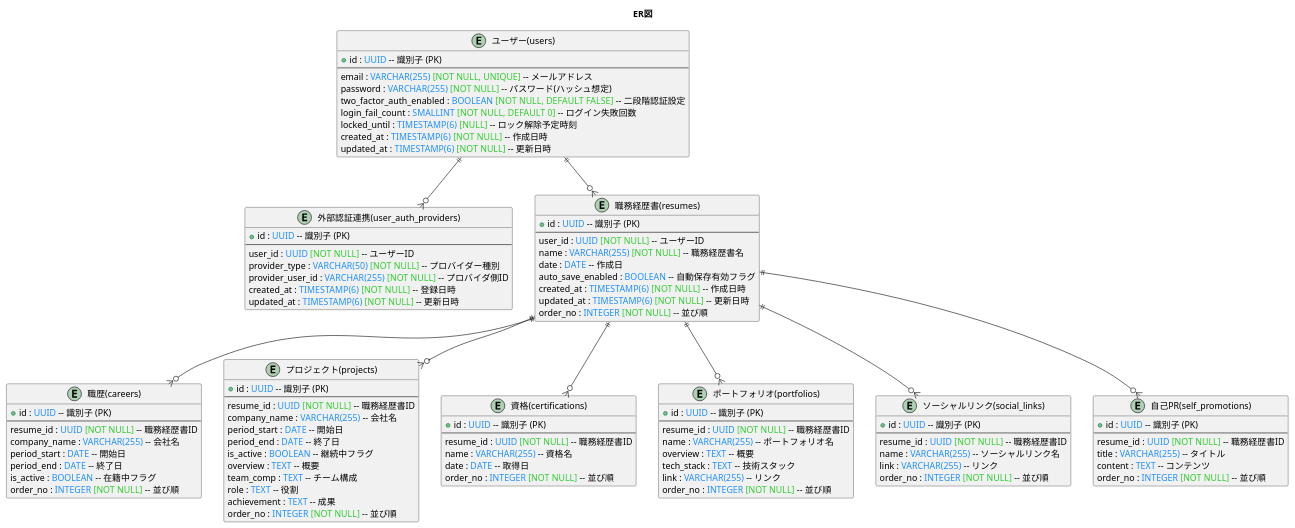
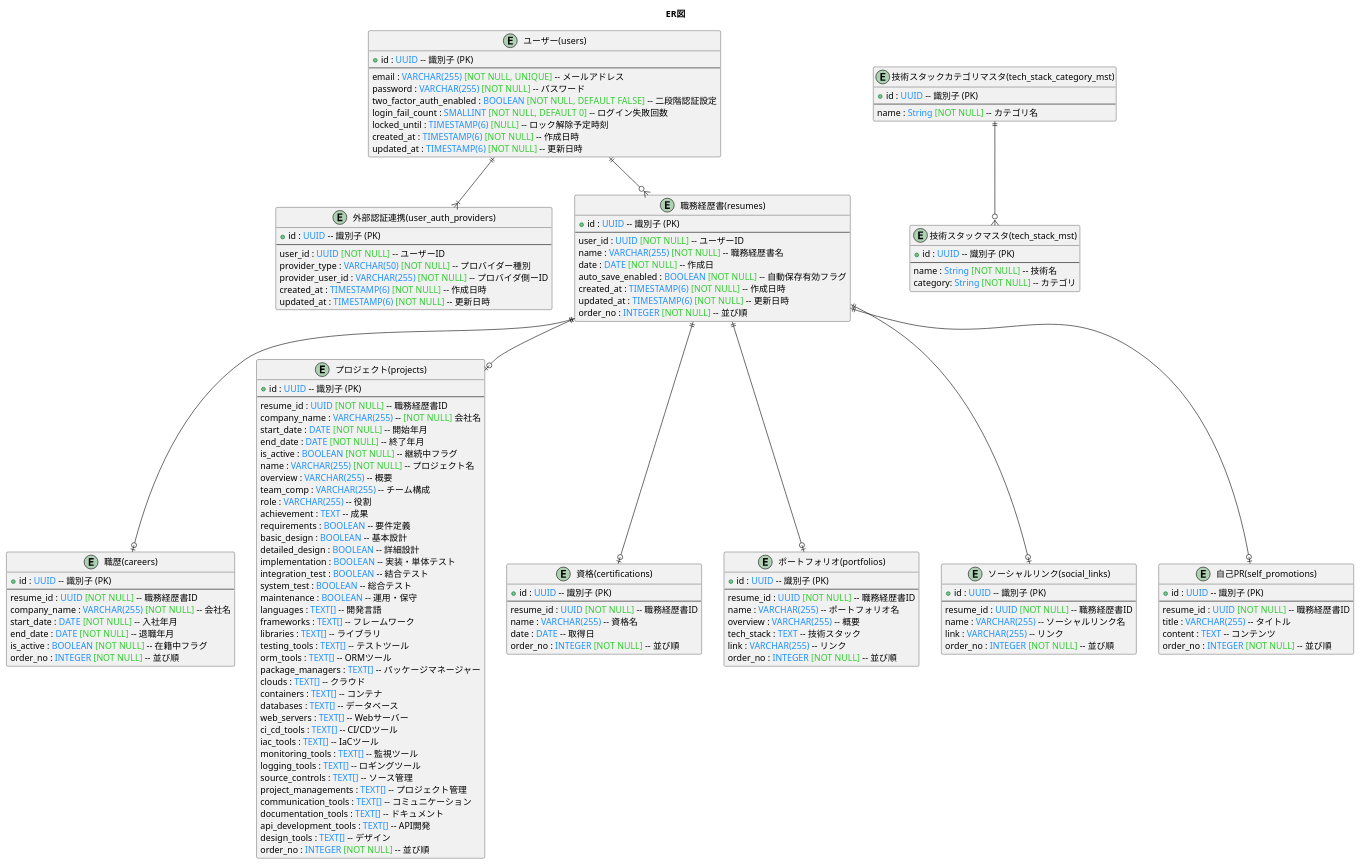
Before and after one commit to DogisRiki/KeirekiPro: the diagram in doc/DB設計/ER図.pu, drawn with PlantUML.

Commit message:
docs: ER図修正
Changes:
・技術スタックマスタと技術スタックカテゴリマスタを追加
・プロジェクトテーブルにprocessとtechstackのカラムを追加

Reason:
入れ忘れ

BREAKING CHANGE: N/A
Related: N/A
Refs: #16

```diff
--- a/doc/DB設計/ER図.pu
+++ b/doc/DB設計/ER図.pu
@@ -1,119 +1,162 @@
 @startuml ER図
 
 title ER図
 
 ' -----------------------
 ' 既存テーブル
 ' -----------------------
 entity "ユーザー(users)" as users {
     + id : <color:#1E90FF>UUID</color> -- 識別子 (PK)
     --
     email : <color:#1E90FF>VARCHAR(255)</color> <color:#32CD32>[NOT NULL, UNIQUE]</color> -- メールアドレス
-    password : <color:#1E90FF>VARCHAR(255)</color> <color:#32CD32>[NOT NULL]</color> -- パスワード(ハッシュ想定)
+    password : <color:#1E90FF>VARCHAR(255)</color> <color:#32CD32>[NOT NULL]</color> -- パスワード
     two_factor_auth_enabled : <color:#1E90FF>BOOLEAN</color> <color:#32CD32>[NOT NULL, DEFAULT FALSE]</color> -- 二段階認証設定
     login_fail_count : <color:#1E90FF>SMALLINT</color> <color:#32CD32>[NOT NULL, DEFAULT 0]</color> -- ログイン失敗回数
     locked_until : <color:#1E90FF>TIMESTAMP(6)</color> <color:#32CD32>[NULL]</color> -- ロック解除予定時刻
     created_at : <color:#1E90FF>TIMESTAMP(6)</color> <color:#32CD32>[NOT NULL]</color> -- 作成日時
     updated_at : <color:#1E90FF>TIMESTAMP(6)</color> <color:#32CD32>[NOT NULL]</color> -- 更新日時
 }
 
 entity "外部認証連携(user_auth_providers)" as UserAuthProviders {
     + id : <color:#1E90FF>UUID</color> -- 識別子 (PK)
     --
     user_id : <color:#1E90FF>UUID</color> <color:#32CD32>[NOT NULL]</color> -- ユーザーID
     provider_type : <color:#1E90FF>VARCHAR(50)</color> <color:#32CD32>[NOT NULL]</color> -- プロバイダー種別
-    provider_user_id : <color:#1E90FF>VARCHAR(255)</color> <color:#32CD32>[NOT NULL]</color> -- プロバイダ側ID
-    created_at : <color:#1E90FF>TIMESTAMP(6)</color> <color:#32CD32>[NOT NULL]</color> -- 登録日時
+    provider_user_id : <color:#1E90FF>VARCHAR(255)</color> <color:#32CD32>[NOT NULL]</color> -- プロバイダ側ーID
+    created_at : <color:#1E90FF>TIMESTAMP(6)</color> <color:#32CD32>[NOT NULL]</color> -- 作成日時
     updated_at : <color:#1E90FF>TIMESTAMP(6)</color> <color:#32CD32>[NOT NULL]</color> -- 更新日時
 }
 
 entity "職務経歴書(resumes)" as Resumes {
     + id : <color:#1E90FF>UUID</color> -- 識別子 (PK)
     --
     user_id : <color:#1E90FF>UUID</color> <color:#32CD32>[NOT NULL]</color> -- ユーザーID
     name : <color:#1E90FF>VARCHAR(255)</color> <color:#32CD32>[NOT NULL]</color> -- 職務経歴書名
-    date : <color:#1E90FF>DATE</color> -- 作成日
-    auto_save_enabled : <color:#1E90FF>BOOLEAN</color> -- 自動保存有効フラグ
+    date : <color:#1E90FF>DATE</color> <color:#32CD32>[NOT NULL]</color> -- 作成日
+    auto_save_enabled : <color:#1E90FF>BOOLEAN</color> <color:#32CD32>[NOT NULL]</color> -- 自動保存有効フラグ
     created_at : <color:#1E90FF>TIMESTAMP(6)</color> <color:#32CD32>[NOT NULL]</color> -- 作成日時
     updated_at : <color:#1E90FF>TIMESTAMP(6)</color> <color:#32CD32>[NOT NULL]</color> -- 更新日時
     order_no : <color:#1E90FF>INTEGER</color> <color:#32CD32>[NOT NULL]</color> -- 並び順
 }
 
 entity "職歴(careers)" as Careers {
     + id : <color:#1E90FF>UUID</color> -- 識別子 (PK)
     --
     resume_id : <color:#1E90FF>UUID</color> <color:#32CD32>[NOT NULL]</color> -- 職務経歴書ID
-    company_name : <color:#1E90FF>VARCHAR(255)</color> -- 会社名
-    period_start : <color:#1E90FF>DATE</color> -- 開始日
-    period_end : <color:#1E90FF>DATE</color> -- 終了日
-    is_active : <color:#1E90FF>BOOLEAN</color> -- 在籍中フラグ
+    company_name : <color:#1E90FF>VARCHAR(255)</color> <color:#32CD32>[NOT NULL]</color> -- 会社名
+    start_date : <color:#1E90FF>DATE</color> <color:#32CD32>[NOT NULL]</color> -- 入社年月
+    end_date : <color:#1E90FF>DATE</color> <color:#32CD32>[NOT NULL]</color> -- 退職年月
+    is_active : <color:#1E90FF>BOOLEAN</color> <color:#32CD32>[NOT NULL]</color> -- 在籍中フラグ
     order_no : <color:#1E90FF>INTEGER</color> <color:#32CD32>[NOT NULL]</color> -- 並び順
 }
 
 entity "プロジェクト(projects)" as Projects {
     + id : <color:#1E90FF>UUID</color> -- 識別子 (PK)
     --
     resume_id : <color:#1E90FF>UUID</color> <color:#32CD32>[NOT NULL]</color> -- 職務経歴書ID
-    company_name : <color:#1E90FF>VARCHAR(255)</color> -- 会社名
-    period_start : <color:#1E90FF>DATE</color> -- 開始日
-    period_end : <color:#1E90FF>DATE</color> -- 終了日
-    is_active : <color:#1E90FF>BOOLEAN</color> -- 継続中フラグ
-    overview : <color:#1E90FF>TEXT</color> -- 概要
-    team_comp : <color:#1E90FF>TEXT</color> -- チーム構成
-    role : <color:#1E90FF>TEXT</color> -- 役割
+    company_name : <color:#1E90FF>VARCHAR(255)</color> -- <color:#32CD32>[NOT NULL]</color> 会社名
+    start_date : <color:#1E90FF>DATE</color> <color:#32CD32>[NOT NULL]</color> -- 開始年月
+    end_date : <color:#1E90FF>DATE</color> <color:#32CD32>[NOT NULL]</color> -- 終了年月
+    is_active : <color:#1E90FF>BOOLEAN</color> <color:#32CD32>[NOT NULL]</color> -- 継続中フラグ
+    name : <color:#1E90FF>VARCHAR(255)</color> <color:#32CD32>[NOT NULL]</color> -- プロジェクト名
+    overview : <color:#1E90FF>VARCHAR(255)</color> -- 概要
+    team_comp : <color:#1E90FF>VARCHAR(255)</color> -- チーム構成
+    role : <color:#1E90FF>VARCHAR(255)</color> -- 役割
     achievement : <color:#1E90FF>TEXT</color> -- 成果
+    requirements : <color:#1E90FF>BOOLEAN</color> -- 要件定義
+    basic_design : <color:#1E90FF>BOOLEAN</color> -- 基本設計
+    detailed_design : <color:#1E90FF>BOOLEAN</color> -- 詳細設計
+    implementation : <color:#1E90FF>BOOLEAN</color> -- 実装・単体テスト
+    integration_test : <color:#1E90FF>BOOLEAN</color> -- 結合テスト
+    system_test : <color:#1E90FF>BOOLEAN</color> -- 総合テスト
+    maintenance : <color:#1E90FF>BOOLEAN</color> -- 運用・保守
+    languages : <color:#1E90FF>TEXT[]</color> -- 開発言語
+    frameworks : <color:#1E90FF>TEXT[]</color> -- フレームワーク
+    libraries : <color:#1E90FF>TEXT[]</color> -- ライブラリ
+    testing_tools : <color:#1E90FF>TEXT[]</color> -- テストツール
+    orm_tools : <color:#1E90FF>TEXT[]</color> -- ORMツール
+    package_managers : <color:#1E90FF>TEXT[]</color> -- パッケージマネージャー
+    clouds : <color:#1E90FF>TEXT[]</color> -- クラウド
+    containers : <color:#1E90FF>TEXT[]</color> -- コンテナ
+    databases : <color:#1E90FF>TEXT[]</color> -- データベース
+    web_servers : <color:#1E90FF>TEXT[]</color> -- Webサーバー
+    ci_cd_tools : <color:#1E90FF>TEXT[]</color> -- CI/CDツール
+    iac_tools : <color:#1E90FF>TEXT[]</color> -- IaCツール
+    monitoring_tools : <color:#1E90FF>TEXT[]</color> -- 監視ツール
+    logging_tools : <color:#1E90FF>TEXT[]</color> -- ロギングツール
+    source_controls : <color:#1E90FF>TEXT[]</color> -- ソース管理
+    project_managements : <color:#1E90FF>TEXT[]</color> -- プロジェクト管理
+    communication_tools : <color:#1E90FF>TEXT[]</color> -- コミュニケーション
+    documentation_tools : <color:#1E90FF>TEXT[]</color> -- ドキュメント
+    api_development_tools : <color:#1E90FF>TEXT[]</color> -- API開発
+    design_tools : <color:#1E90FF>TEXT[]</color> -- デザイン
     order_no : <color:#1E90FF>INTEGER</color> <color:#32CD32>[NOT NULL]</color> -- 並び順
 }
 
 entity "資格(certifications)" as Certifications {
     + id : <color:#1E90FF>UUID</color> -- 識別子 (PK)
     --
     resume_id : <color:#1E90FF>UUID</color> <color:#32CD32>[NOT NULL]</color> -- 職務経歴書ID
     name : <color:#1E90FF>VARCHAR(255)</color> -- 資格名
     date : <color:#1E90FF>DATE</color> -- 取得日
     order_no : <color:#1E90FF>INTEGER</color> <color:#32CD32>[NOT NULL]</color> -- 並び順
 }
 
 entity "ポートフォリオ(portfolios)" as Portfolios {
     + id : <color:#1E90FF>UUID</color> -- 識別子 (PK)
     --
     resume_id : <color:#1E90FF>UUID</color> <color:#32CD32>[NOT NULL]</color> -- 職務経歴書ID
     name : <color:#1E90FF>VARCHAR(255)</color> -- ポートフォリオ名
-    overview : <color:#1E90FF>TEXT</color> -- 概要
+    overview : <color:#1E90FF>VARCHAR(255)</color> -- 概要
     tech_stack : <color:#1E90FF>TEXT</color> -- 技術スタック
     link : <color:#1E90FF>VARCHAR(255)</color> -- リンク
     order_no : <color:#1E90FF>INTEGER</color> <color:#32CD32>[NOT NULL]</color> -- 並び順
 }
 
 entity "ソーシャルリンク(social_links)" as SocialLinks {
     + id : <color:#1E90FF>UUID</color> -- 識別子 (PK)
     --
     resume_id : <color:#1E90FF>UUID</color> <color:#32CD32>[NOT NULL]</color> -- 職務経歴書ID
     name : <color:#1E90FF>VARCHAR(255)</color> -- ソーシャルリンク名
     link : <color:#1E90FF>VARCHAR(255)</color> -- リンク
     order_no : <color:#1E90FF>INTEGER</color> <color:#32CD32>[NOT NULL]</color> -- 並び順
 }
 
 entity "自己PR(self_promotions)" as SelfPromotions {
     + id : <color:#1E90FF>UUID</color> -- 識別子 (PK)
     --
     resume_id : <color:#1E90FF>UUID</color> <color:#32CD32>[NOT NULL]</color> -- 職務経歴書ID
     title : <color:#1E90FF>VARCHAR(255)</color> -- タイトル
     content : <color:#1E90FF>TEXT</color> -- コンテンツ
     order_no : <color:#1E90FF>INTEGER</color> <color:#32CD32>[NOT NULL]</color> -- 並び順
 }
 
+entity "技術スタックマスタ(tech_stack_mst)" as TechStackMst {
+    + id : <color:#1E90FF>UUID</color> -- 識別子 (PK)
+    --
+    name : <color:#1E90FF>String</color> <color:#32CD32>[NOT NULL]</color> -- 技術名
+    category: <color:#1E90FF>String</color> <color:#32CD32>[NOT NULL]</color> -- カテゴリ
+}
+
+entity "技術スタックカテゴリマスタ(tech_stack_category_mst)" as TechStackCategoryMst {
+    + id : <color:#1E90FF>UUID</color> -- 識別子 (PK)
+    --
+    name : <color:#1E90FF>String</color> <color:#32CD32>[NOT NULL]</color> -- カテゴリ名
+}
+
 ' ----------------------
 ' リレーション定義
 ' ----------------------
 users ||--o{ Resumes
-users ||--o{ UserAuthProviders
+users ||--|{ UserAuthProviders
 
-Resumes ||--o{ Careers
-Resumes ||--o{ Projects
-Resumes ||--o{ Certifications
-Resumes ||--o{ Portfolios
-Resumes ||--o{ SocialLinks
-Resumes ||--o{ SelfPromotions
+Resumes ||--o| Careers
+Resumes ||--o| Projects
+Resumes ||--o| Certifications
+Resumes ||--o| Portfolios
+Resumes ||--o| SocialLinks
+Resumes ||--o| SelfPromotions
+
+TechStackCategoryMst ||--o{ TechStackMst
 
 @enduml
```
